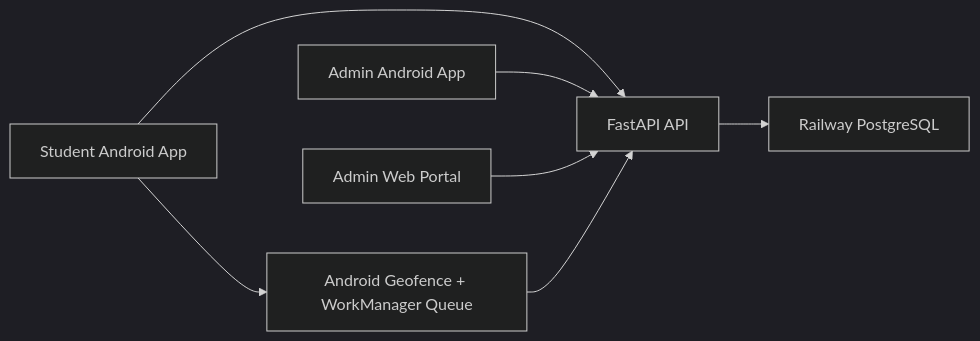
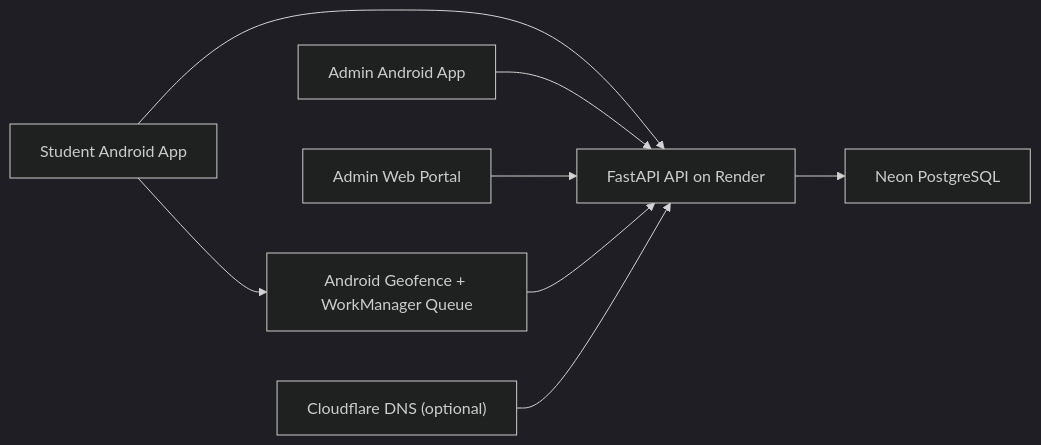
Before and after one commit to Prathameshdahe/Student-attendance-system: the diagram in README.md, drawn with Mermaid (dark theme). The commit also changed other lines of this file and 11 other files, not shown here.

````diff
--- a/README.md
+++ b/README.md
@@ -33,9 +24,10 @@
 ```mermaid
 flowchart LR
-    A["Student Android App"] --> B["FastAPI API"]
+    A["Student Android App"] --> B["FastAPI API on Render"]
     C["Admin Android App"] --> B
     D["Admin Web Portal"] --> B
-    B --> E["Railway PostgreSQL"]
+    B --> E["Neon PostgreSQL"]
     A --> F["Android Geofence + WorkManager Queue"]
     F --> B
+    G["Cloudflare DNS (optional)"] --> B
 ```
````
